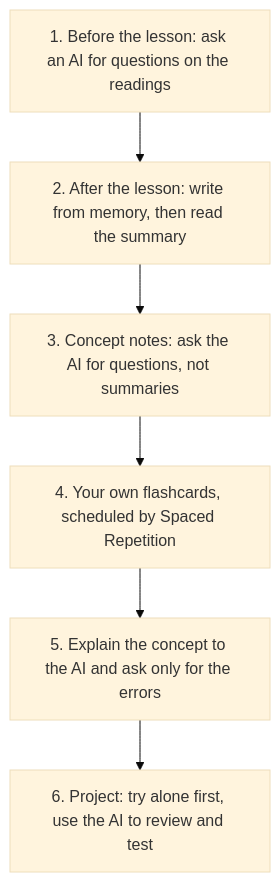
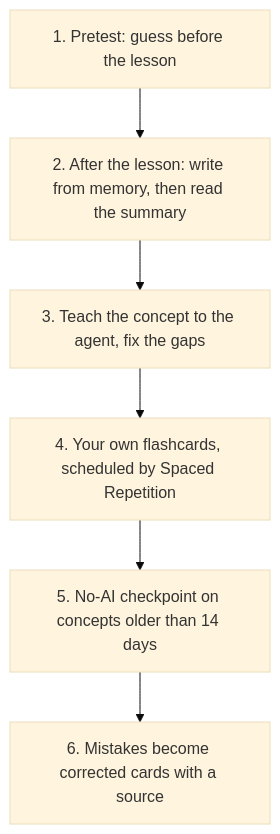
One commit to erikunha/vault-of-loci changed the second of 2 diagrams in 40_References/Guides/Studying_with_AI.md. Above: the diagram before and after it, drawn with Mermaid (base theme). The commit also changed other lines of this file and 33 other files, not shown here.

````diff
--- a/40_References/Guides/Studying_with_AI.md
+++ b/40_References/Guides/Studying_with_AI.md
@@ -73,8 +94,8 @@
 ```mermaid
 flowchart TB
-  A1["1. Before the lesson: ask an AI for questions on the readings"] --> A2["2. After the lesson: write from memory, then read the summary"]
-  A2 --> A3["3. Concept notes: ask the AI for questions, not summaries"]
+  A1["1. Pretest: guess before the lesson"] --> A2["2. After the lesson: write from memory, then read the summary"]
+  A2 --> A3["3. Teach the concept to the agent, fix the gaps"]
   A3 --> A4["4. Your own flashcards, scheduled by Spaced Repetition"]
-  A4 --> A5["5. Explain the concept to the AI and ask only for the errors"]
-  A5 --> A6["6. Project: try alone first, use the AI to review and test"]
+  A4 --> A5["5. No-AI checkpoint on concepts older than 14 days"]
+  A5 --> A6["6. Mistakes become corrected cards with a source"]
 ```
````
